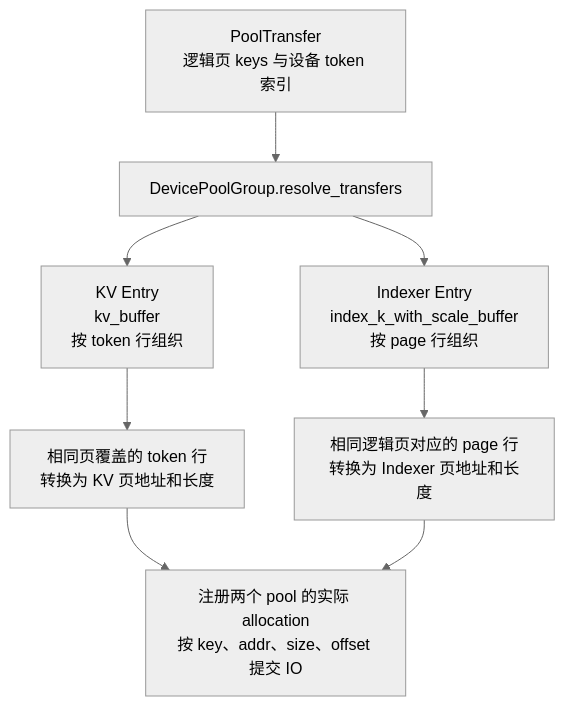
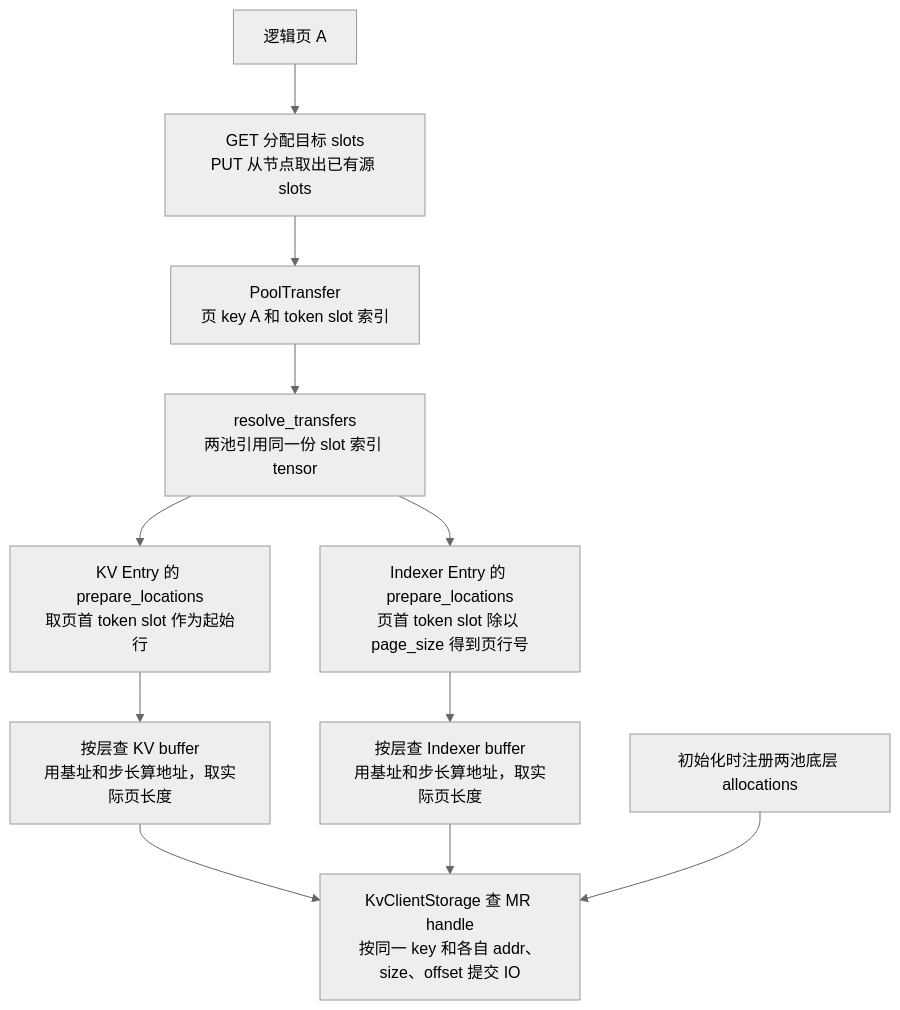
Before and after one commit to yuanzhg078/sglang: diagram 13 of 26 in kv_client_linker_backend_design.md, drawn with Mermaid (neutral theme). The commit also changed other lines of this file and 11 other files, not shown here.

````diff
--- a/kv_client_linker_backend_design.md
+++ b/kv_client_linker_backend_design.md
@@ -713,10 +765,13 @@
 ```mermaid
 flowchart TB
-    T[PoolTransfer<br/>逻辑页 keys 与设备 token 索引] --> G[DevicePoolGroup.resolve_transfers]
-    G --> K[KV Entry<br/>kv_buffer<br/>按 token 行组织]
-    G --> I[Indexer Entry<br/>index_k_with_scale_buffer<br/>按 page 行组织]
-    K --> KP[相同页覆盖的 token 行<br/>转换为 KV 页地址和长度]
-    I --> IP[相同逻辑页对应的 page 行<br/>转换为 Indexer 页地址和长度]
-    KP --> IO[注册两个 pool 的实际 allocation<br/>按 key、addr、size、offset 提交 IO]
+    P[逻辑页 A] --> S[GET 分配目标 slots<br/>PUT 从节点取出已有源 slots]
+    S --> T[PoolTransfer<br/>页 key A 和 token slot 索引]
+    T --> G[resolve_transfers<br/>两池引用同一份 slot 索引 tensor]
+    G --> K[KV Entry 的 prepare_locations<br/>取页首 token slot 作为起始行]
+    G --> I[Indexer Entry 的 prepare_locations<br/>页首 token slot 除以 page_size 得到页行号]
+    K --> KP[按层查 KV buffer<br/>用基址和步长算地址，取实际页长度]
+    I --> IP[按层查 Indexer buffer<br/>用基址和步长算地址，取实际页长度]
+    KP --> IO[KvClientStorage 查 MR handle<br/>按同一 key 和各自 addr、size、offset 提交 IO]
     IP --> IO
+    R[初始化时注册两池底层 allocations] --> IO
 ```
````
